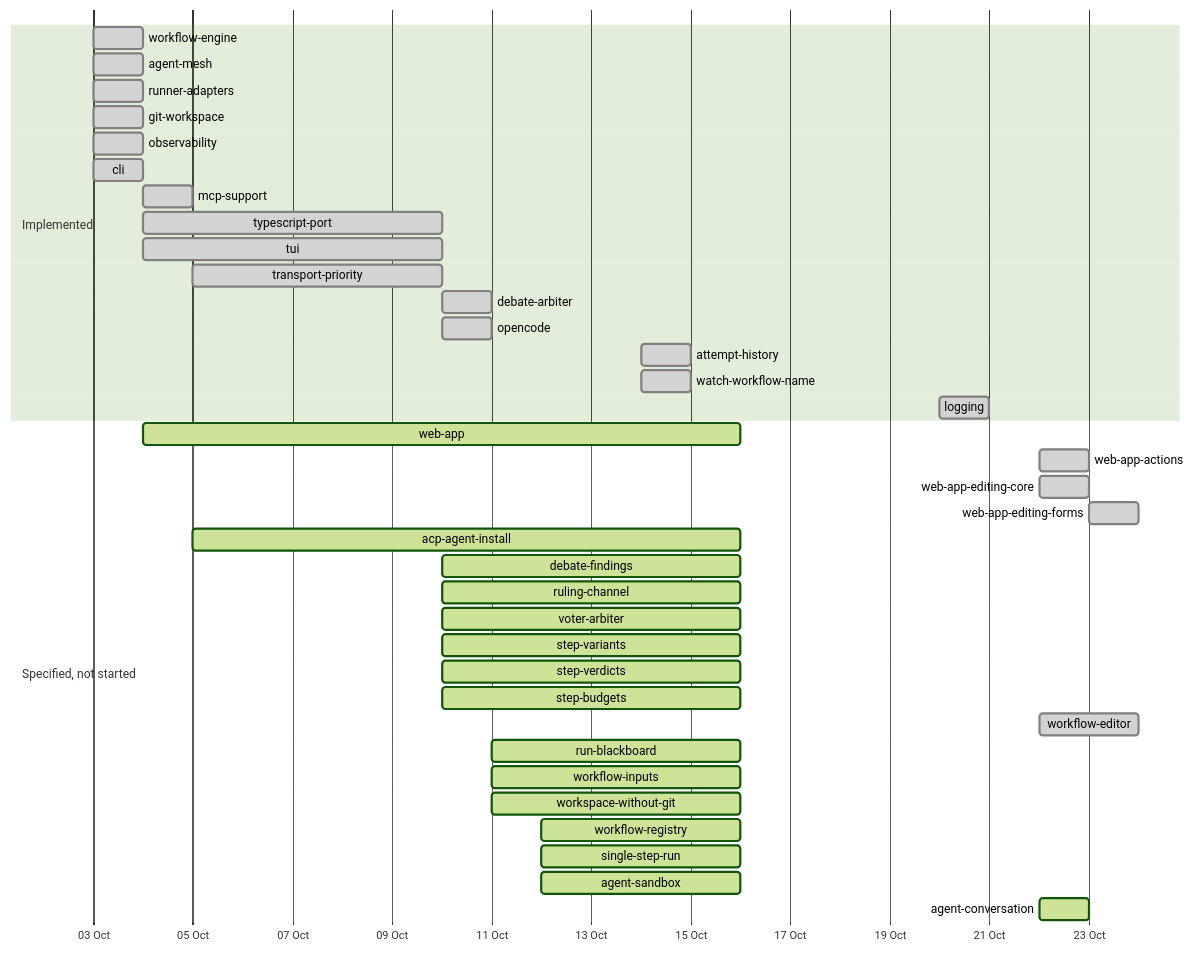
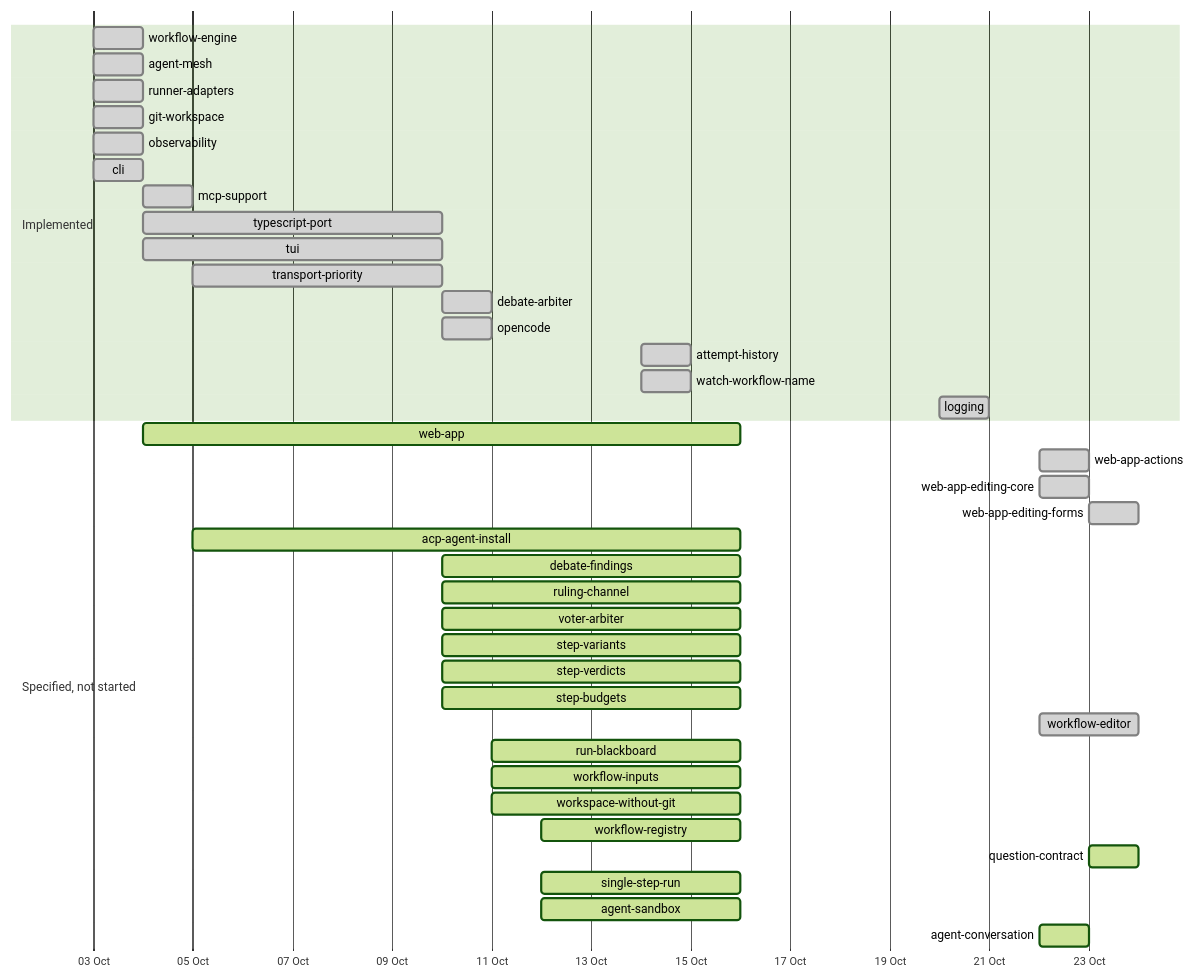
One commit to yaotzin1/indaba changed the second of 2 diagrams in specs/DEPENDENCY_MAP.md. Above: the diagram before and after it, drawn with Mermaid (forest theme). The commit also changed other lines of this file and 4 other files, not shown here.

First line of the commit message:
docs(specs): specify the question contract, so a question can be answered as written (#70)

````diff
--- a/specs/DEPENDENCY_MAP.md
+++ b/specs/DEPENDENCY_MAP.md
@@ -71,41 +71,42 @@
 ```mermaid
 gantt
     dateFormat YYYY-MM-DD
     axisFormat %d %b
     section Implemented
     workflow-engine        :done, 2026-10-03, 2026-10-04
     agent-mesh             :done, 2026-10-03, 2026-10-04
     runner-adapters        :done, 2026-10-03, 2026-10-04
     git-workspace          :done, 2026-10-03, 2026-10-04
     observability          :done, 2026-10-03, 2026-10-04
     cli                    :done, 2026-10-03, 2026-10-04
     mcp-support            :done, 2026-10-04, 1d
     typescript-port        :done, 2026-10-04, 2026-10-10
     tui                    :done, 2026-10-04, 2026-10-10
     transport-priority     :done, 2026-10-05, 2026-10-10
     debate-arbiter         :done, 2026-10-10, 1d
     opencode               :done, 2026-10-10, 1d
     attempt-history        :done, 2026-10-14, 1d
     watch-workflow-name    :done, 2026-10-14, 1d
     logging                :done, 2026-10-20, 2026-10-21
     section Specified, not started
     web-app                :active, 2026-10-04, 2026-10-16
     web-app-actions        :done, 2026-10-22, 1d
     web-app-editing-core   :done, 2026-10-22, 1d
     web-app-editing-forms  :done, 2026-10-23, 1d
     acp-agent-install      :active, 2026-10-05, 2026-10-16
     debate-findings        :active, 2026-10-10, 2026-10-16
     ruling-channel         :active, 2026-10-10, 2026-10-16
     voter-arbiter          :active, 2026-10-10, 2026-10-16
     step-variants          :active, 2026-10-10, 2026-10-16
     step-verdicts          :active, 2026-10-10, 2026-10-16
     step-budgets           :active, 2026-10-10, 2026-10-16
     workflow-editor        :done, 2026-10-22, 2d
     run-blackboard         :active, 2026-10-11, 2026-10-16
     workflow-inputs        :active, 2026-10-11, 2026-10-16
     workspace-without-git  :active, 2026-10-11, 2026-10-16
     workflow-registry      :active, 2026-10-12, 2026-10-16
+    question-contract      :active, 2026-10-23, 2026-10-24
     single-step-run        :active, 2026-10-12, 2026-10-16
     agent-sandbox          :active, 2026-10-12, 2026-10-16
     agent-conversation     :active, 2026-10-22, 2026-10-23
 ```
````
